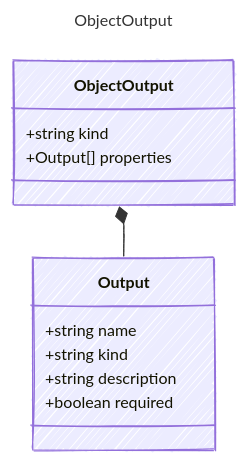
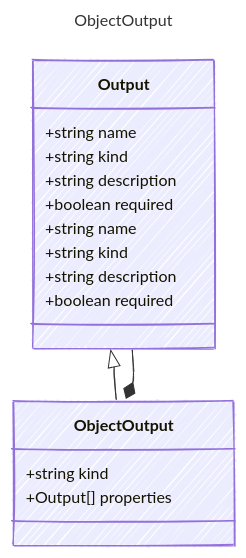
Before and after one commit to microsoft/prompty: the diagram in specification/prompty/docs/ObjectOutput.md, drawn with Mermaid. The commit also changed 24 other files, not shown here.

````diff
--- a/specification/prompty/docs/ObjectOutput.md
+++ b/specification/prompty/docs/ObjectOutput.md
@@ -8,23 +8,30 @@
 ```mermaid
 ---
 title: ObjectOutput
 config:
   look: handDrawn
   theme: colorful
   class:
     hideEmptyMembersBox: true
 ---
 classDiagram
+    class Output {
+        +string name
+        +string kind
+        +string description
+        +boolean required
+    }
+    Output <|-- ObjectOutput
     class ObjectOutput {
       
         +string kind
         +Output[] properties
     }
     class Output {
         +string name
         +string kind
         +string description
         +boolean required
     }
     ObjectOutput *-- Output
 ```
````
